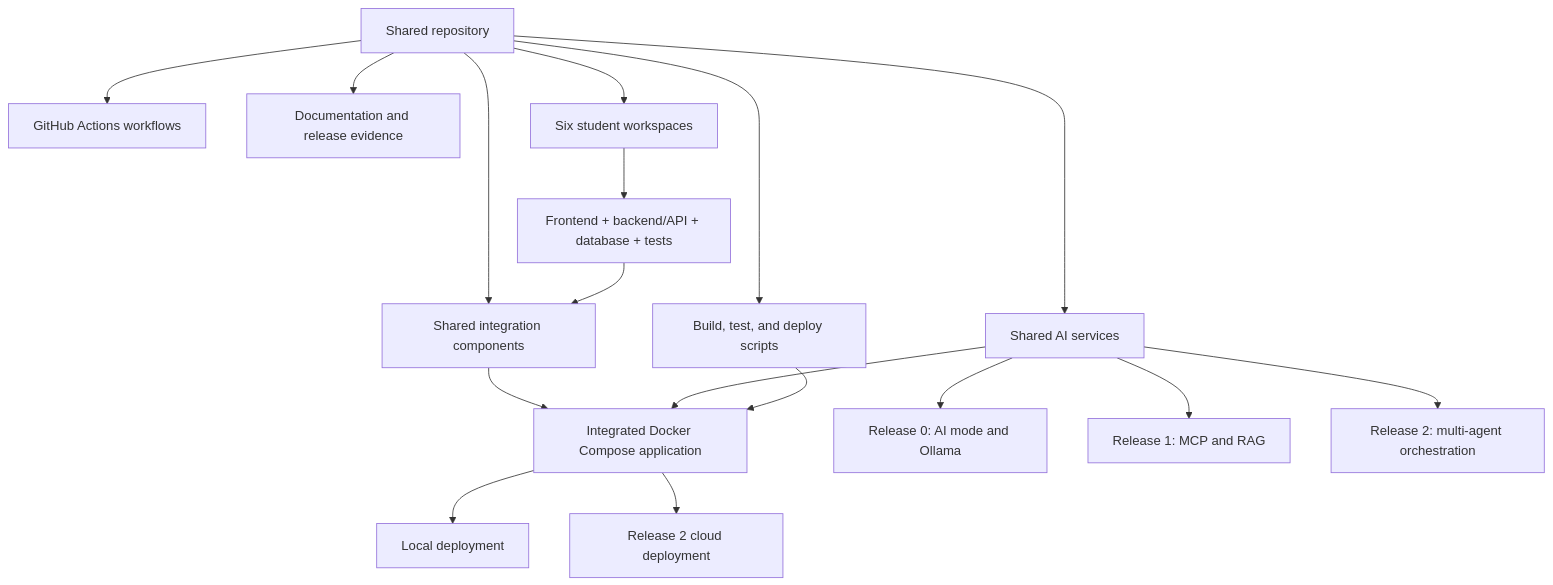
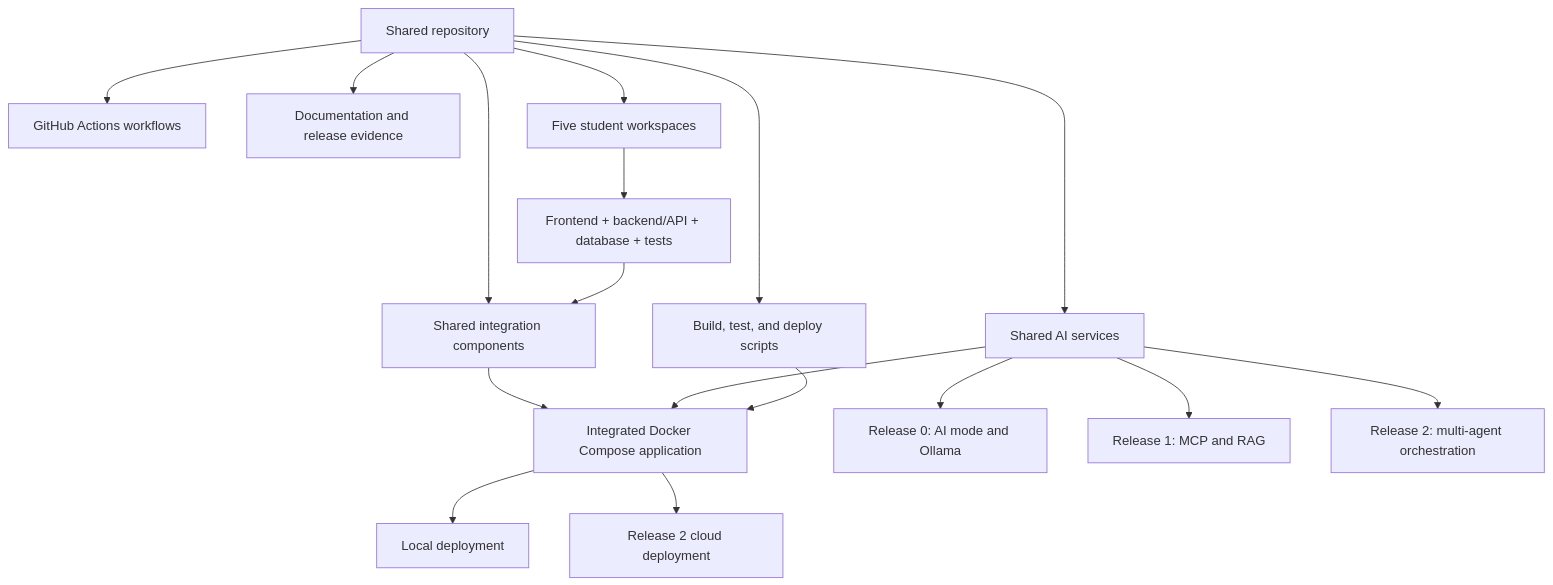
The diagram in docs/architecture/repository-architecture.md (MattShelton04/41026ASDProject), drawn with Mermaid before and after one commit. The commit also changed other lines of this file and 8 other files, not shown here.

````diff
--- a/docs/architecture/repository-architecture.md
+++ b/docs/architecture/repository-architecture.md
@@ -116,22 +115,22 @@
 ```mermaid
 flowchart TD
     R[Shared repository]
     R --> W[GitHub Actions workflows]
     R --> D[Documentation and release evidence]
     R --> S[Shared integration components]
-    R --> I[Six student workspaces]
+    R --> I[Five student workspaces]
     R --> A[Shared AI services]
     R --> U[Build, test, and deploy scripts]
 
     I --> F[Frontend + backend/API + database + tests]
     F --> S
     S --> C[Integrated Docker Compose application]
     A --> C
 
     A --> A0[Release 0: AI mode and Ollama]
     A --> A1[Release 1: MCP and RAG]
     A --> A2[Release 2: multi-agent orchestration]
     U --> C
     C --> L[Local deployment]
     C --> P[Release 2 cloud deployment]
 ```
````
